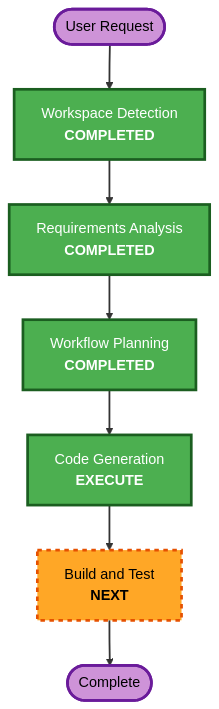
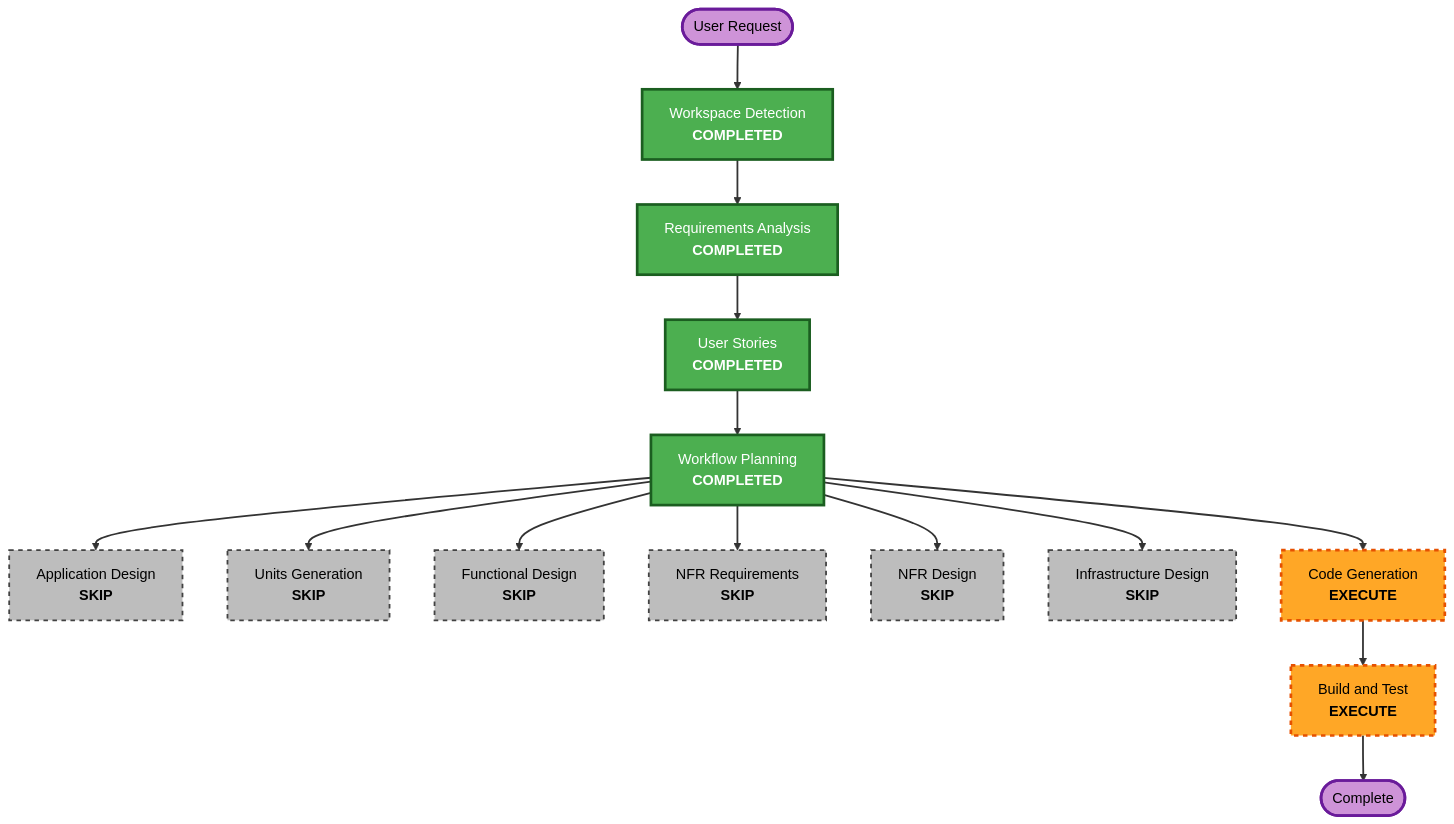
The diagram in aidlc-docs/inception/plans/execution-plan.md (vikraman2212/firmable_test), drawn with Mermaid before and after one commit. The commit also changed other lines of this file and 39 other files, not shown here.

````diff
--- a/aidlc-docs/inception/plans/execution-plan.md
+++ b/aidlc-docs/inception/plans/execution-plan.md
@@ -27,19 +27,33 @@
 ```mermaid
 flowchart TD
     Start([User Request]) --> WD[Workspace Detection<br/><b>COMPLETED</b>]
     WD --> RA[Requirements Analysis<br/><b>COMPLETED</b>]
-    RA --> WP[Workflow Planning<br/><b>COMPLETED</b>]
+    RA --> US[User Stories<br/><b>COMPLETED</b>]
+    US --> WP[Workflow Planning<br/><b>COMPLETED</b>]
+    WP --> AD[Application Design<br/><b>SKIP</b>]
+    WP --> UG[Units Generation<br/><b>SKIP</b>]
+    WP --> FD[Functional Design<br/><b>SKIP</b>]
+    WP --> NFRA[NFR Requirements<br/><b>SKIP</b>]
+    WP --> NFRD[NFR Design<br/><b>SKIP</b>]
+    WP --> ID[Infrastructure Design<br/><b>SKIP</b>]
     WP --> CG[Code Generation<br/><b>EXECUTE</b>]
-    CG --> BT[Build and Test<br/><b>NEXT</b>]
+    CG --> BT[Build and Test<br/><b>EXECUTE</b>]
     BT --> End([Complete])
 
     style WD fill:#4CAF50,stroke:#1B5E20,stroke-width:3px,color:#fff
     style RA fill:#4CAF50,stroke:#1B5E20,stroke-width:3px,color:#fff
+    style US fill:#4CAF50,stroke:#1B5E20,stroke-width:3px,color:#fff
     style WP fill:#4CAF50,stroke:#1B5E20,stroke-width:3px,color:#fff
-    style CG fill:#4CAF50,stroke:#1B5E20,stroke-width:3px,color:#fff
+    style AD fill:#BDBDBD,stroke:#424242,stroke-width:2px,stroke-dasharray: 5 5,color:#000
+    style UG fill:#BDBDBD,stroke:#424242,stroke-width:2px,stroke-dasharray: 5 5,color:#000
+    style FD fill:#BDBDBD,stroke:#424242,stroke-width:2px,stroke-dasharray: 5 5,color:#000
+    style NFRA fill:#BDBDBD,stroke:#424242,stroke-width:2px,stroke-dasharray: 5 5,color:#000
+    style NFRD fill:#BDBDBD,stroke:#424242,stroke-width:2px,stroke-dasharray: 5 5,color:#000
+    style ID fill:#BDBDBD,stroke:#424242,stroke-width:2px,stroke-dasharray: 5 5,color:#000
+    style CG fill:#FFA726,stroke:#E65100,stroke-width:3px,stroke-dasharray: 5 5,color:#000
     style BT fill:#FFA726,stroke:#E65100,stroke-width:3px,stroke-dasharray: 5 5,color:#000
     style Start fill:#CE93D8,stroke:#6A1B9A,stroke-width:3px,color:#000
     style End fill:#CE93D8,stroke:#6A1B9A,stroke-width:3px,color:#000
 
     linkStyle default stroke:#333,stroke-width:2px
 ```
````
